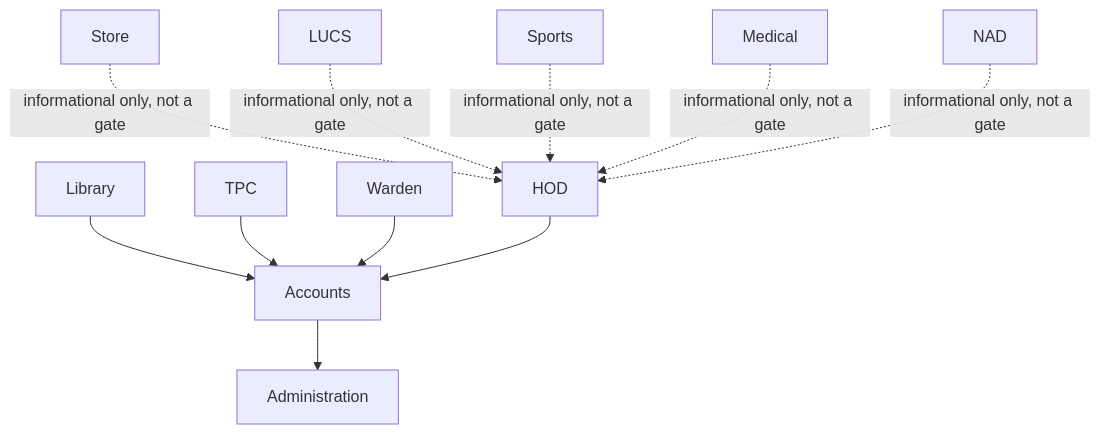
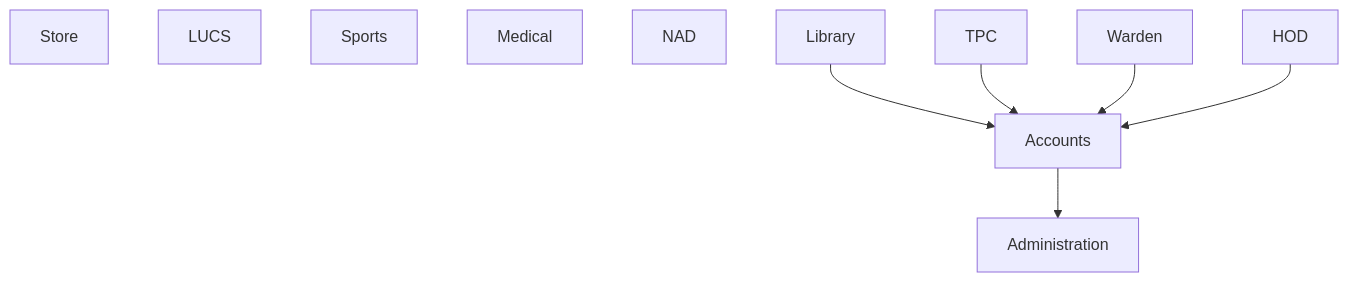
The second of 4 diagrams in docs/DESIGN.md (manashatwar/LNMIIT-NO-DUES-PORTAL), drawn with Mermaid before and after one commit. The commit also changed other lines of this file and 4 other files, not shown here.

Commit message:
feat: establish HOD as fully independent section; remove prerequisite gating and related informational panels for improved clarity and functionality

````diff
--- a/docs/DESIGN.md
+++ b/docs/DESIGN.md
@@ -155,19 +155,13 @@
 ```mermaid
 flowchart TD
     STO[Store]
     LUCS[LUCS]
     SPO[Sports]
     MED[Medical]
     NAD[NAD]
     LIB[Library] --> ACC[Accounts]
     TPC[TPC] --> ACC
     WAR[Warden] --> ACC
     HOD[HOD] --> ACC
     ACC --> ADM[Administration]
-
-    STO -.->|informational only, not a gate| HOD
-    LUCS -.->|informational only, not a gate| HOD
-    SPO -.->|informational only, not a gate| HOD
-    MED -.->|informational only, not a gate| HOD
-    NAD -.->|informational only, not a gate| HOD
 ```
````
